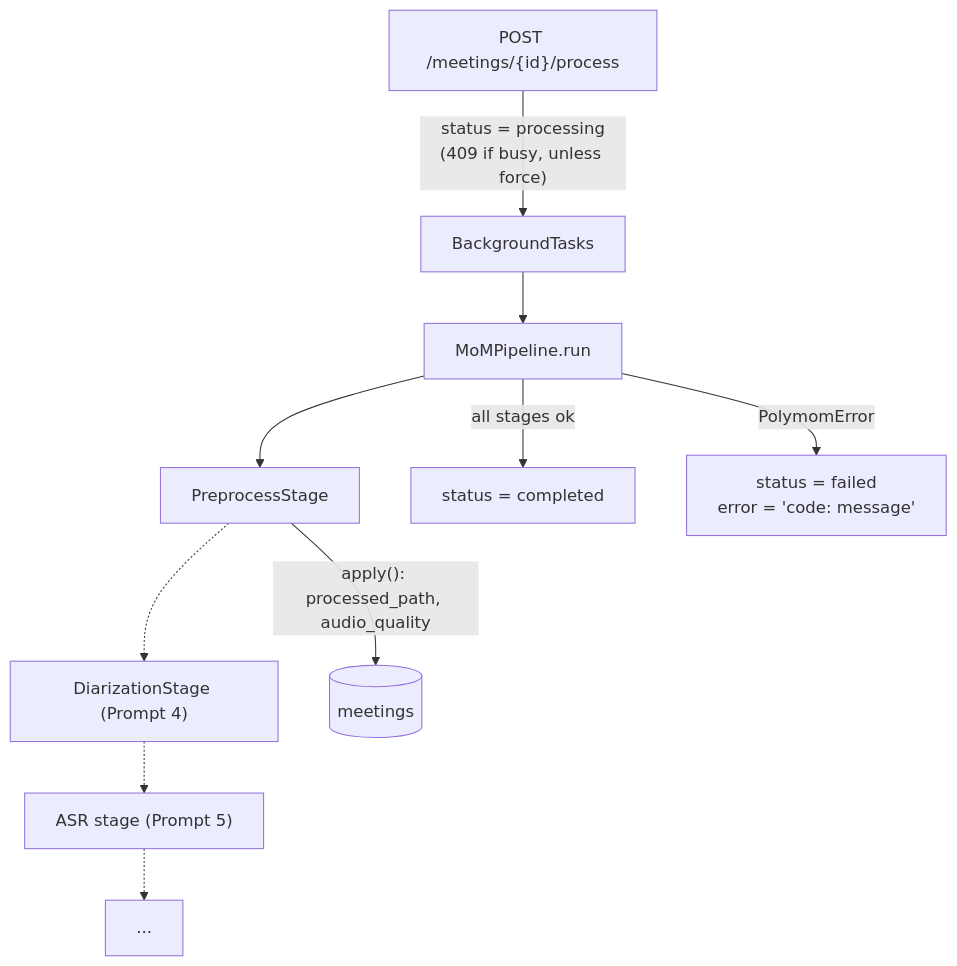
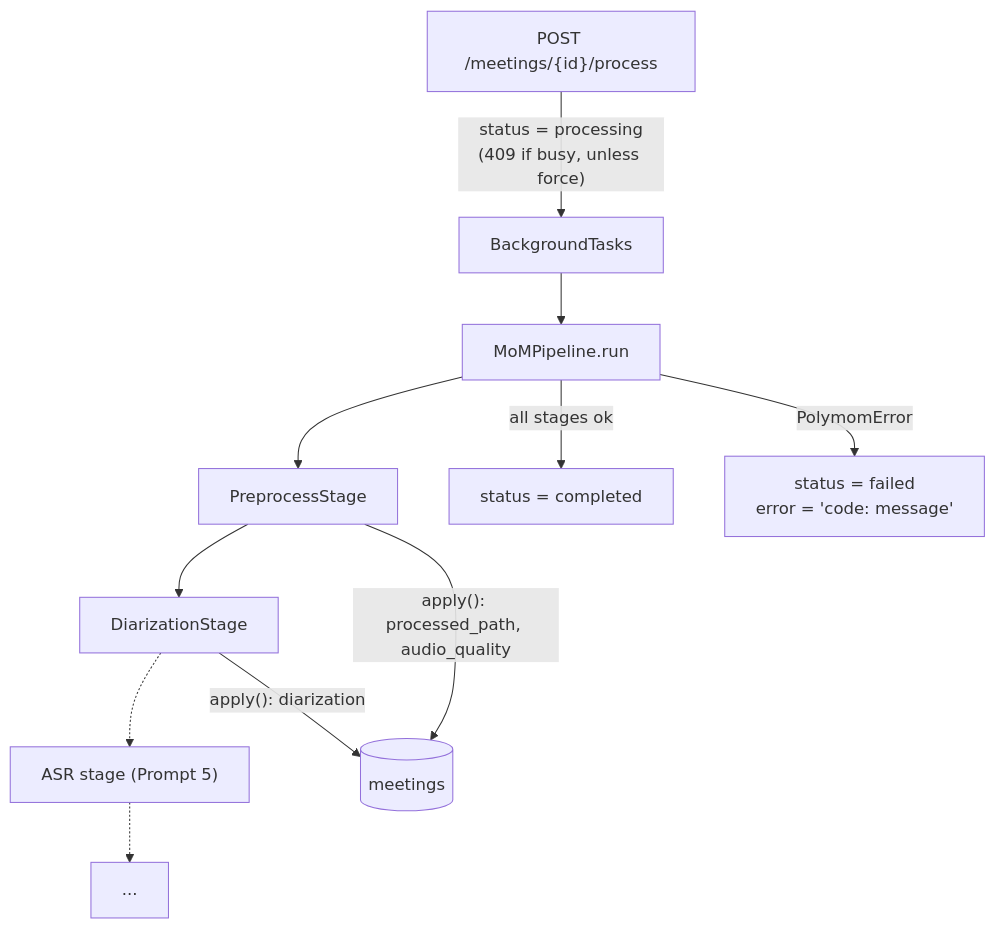
One commit to PrayasPanda/polymom changed the second of 2 diagrams in README.md. Above: the diagram before and after it, drawn with Mermaid. The commit also changed other lines of this file and 28 other files, not shown here.

````diff
--- a/README.md
+++ b/README.md
@@ -175,12 +179,13 @@
 ```mermaid
 flowchart TD
     API["POST /meetings/{id}/process"] -->|"status = processing<br/>(409 if busy, unless force)"| BG[BackgroundTasks]
     BG --> ORCH[MoMPipeline.run]
     ORCH --> S1[PreprocessStage]
-    S1 -.-> S2["DiarizationStage (Prompt 4)"]
+    S1 --> S2[DiarizationStage]
     S2 -.-> S3["ASR stage (Prompt 5)"]
     S3 -.-> SN[...]
     S1 -->|"apply(): processed_path, audio_quality"| DB[(meetings)]
+    S2 -->|"apply(): diarization"| DB
     ORCH -->|"all stages ok"| DONE[status = completed]
     ORCH -->|"PolymomError"| FAIL["status = failed<br/>error = 'code: message'"]
 ```
````
